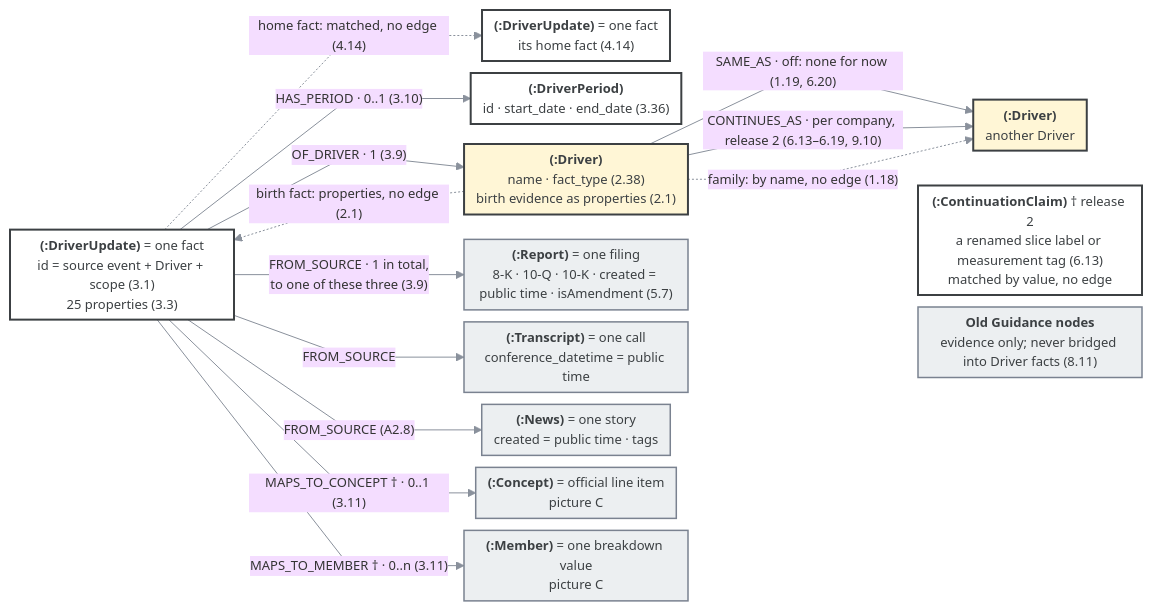
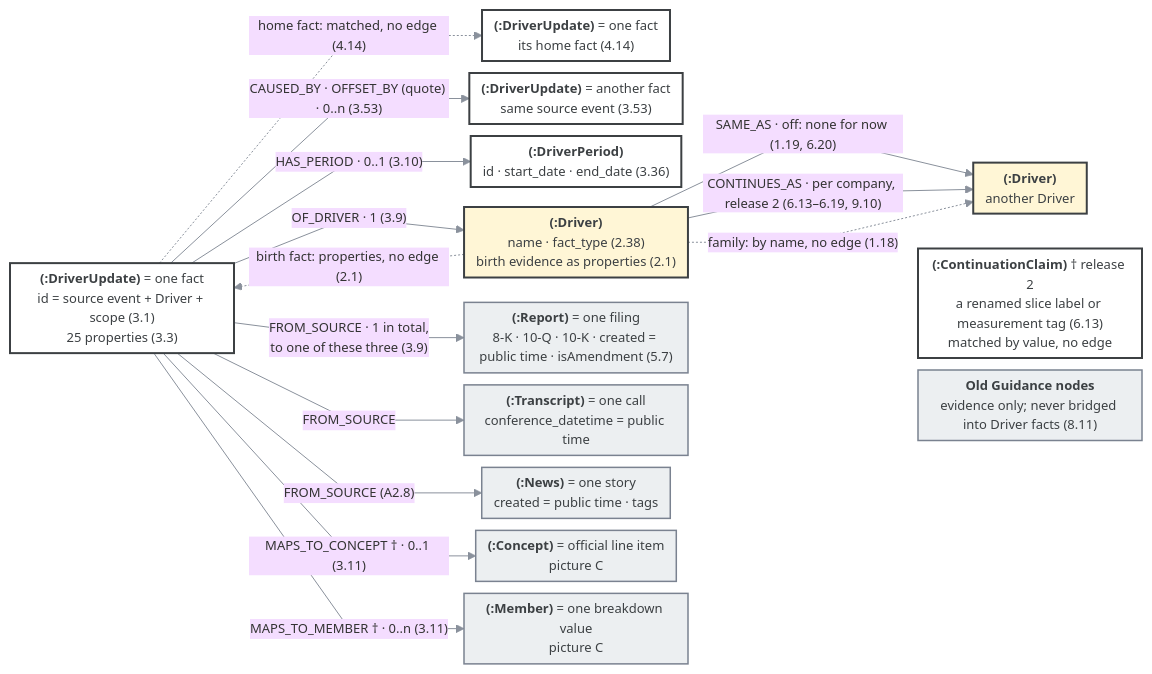
The first of 3 diagrams in .claude/plans/Drivers/DriversFinal/DRIVER_RULES_Categorized.md (faisalanjum/EventTrader), drawn with Mermaid before and after one commit. The commit also changed other lines of this file and 9 other files, not shown here.

````diff
--- a/.claude/plans/Drivers/DriversFinal/DRIVER_RULES_Categorized.md
+++ b/.claude/plans/Drivers/DriversFinal/DRIVER_RULES_Categorized.md
@@ -26,38 +28,40 @@
 ```mermaid
 %%{init: {"theme": "base", "flowchart": {"curve": "linear", "nodeSpacing": 12, "rankSpacing": 30, "padding": 6, "htmlLabels": true}, "themeVariables": {"fontFamily": "Arial", "fontSize": "13px", "lineColor": "#8a919c"}}}%%
 flowchart LR
     DU["<b>(:DriverUpdate)</b> = one fact<br/>id = source event + Driver + scope (3.1)<br/>25 properties (3.3)"]
     HF["<b>(:DriverUpdate)</b> = one fact<br/>its home fact (4.14)"]
+    CF["<b>(:DriverUpdate)</b> = another fact<br/>same source event (3.53)"]
     DP["<b>(:DriverPeriod)</b><br/>id · start_date · end_date (3.36)"]
     DR["<b>(:Driver)</b><br/>name · fact_type (2.38)<br/>birth evidence as properties (2.1)"]
     DR2["<b>(:Driver)</b><br/>another Driver"]
     CC["<b>(:ContinuationClaim)</b> † release 2<br/>a renamed slice label or measurement tag (6.13)<br/>matched by value, no edge"]
     RP["<b>(:Report)</b> = one filing<br/>8-K · 10-Q · 10-K · created = public time · isAmendment (5.7)"]
     TR["<b>(:Transcript)</b> = one call<br/>conference_datetime = public time"]
     NW["<b>(:News)</b> = one story<br/>created = public time · tags"]
     OG["<b>Old Guidance nodes</b><br/>evidence only; never bridged into Driver facts (8.11)"]
     CN["<b>(:Concept)</b> = official line item<br/>picture C"]
     MB["<b>(:Member)</b> = one breakdown value<br/>picture C"]
 
     DU -->|"OF_DRIVER · 1 (3.9)"| DR
     DU -->|"FROM_SOURCE · 1 in total,<br/>to one of these three (3.9)"| RP
     DU -->|"FROM_SOURCE"| TR
     DU -->|"FROM_SOURCE (A2.8)"| NW
     DU -->|"HAS_PERIOD · 0..1 (3.10)"| DP
     DU -->|"MAPS_TO_CONCEPT † · 0..1 (3.11)"| CN
     DU -->|"MAPS_TO_MEMBER † · 0..n (3.11)"| MB
+    DU -->|"CAUSED_BY · OFFSET_BY (quote) · 0..n (3.53)"| CF
     DR -->|"SAME_AS · off: none for now (1.19, 6.20)"| DR2
     DR -->|"CONTINUES_AS · per company, release 2 (6.13–6.19, 9.10)"| DR2
     DR -.->|"family: by name, no edge (1.18)"| DR2
     DR -.->|"birth fact: properties, no edge (2.1)"| DU
     DU -.->|"home fact: matched, no edge (4.14)"| HF
     DR ~~~ CC
     DR ~~~ OG
 
     classDef fact fill:#ffffff,stroke:#3c4043,stroke-width:2px,color:#3c4043
     classDef driver fill:#fff6d6,stroke:#3c4043,stroke-width:2px,color:#3c4043
     classDef old fill:#eceff1,stroke:#7a8290,stroke-width:1.5px,color:#3c4043
-    class DU,HF,DP,CC fact
+    class DU,HF,CF,DP,CC fact
     class DR,DR2 driver
     class RP,TR,NW,OG,CN,MB old
 ```
````
